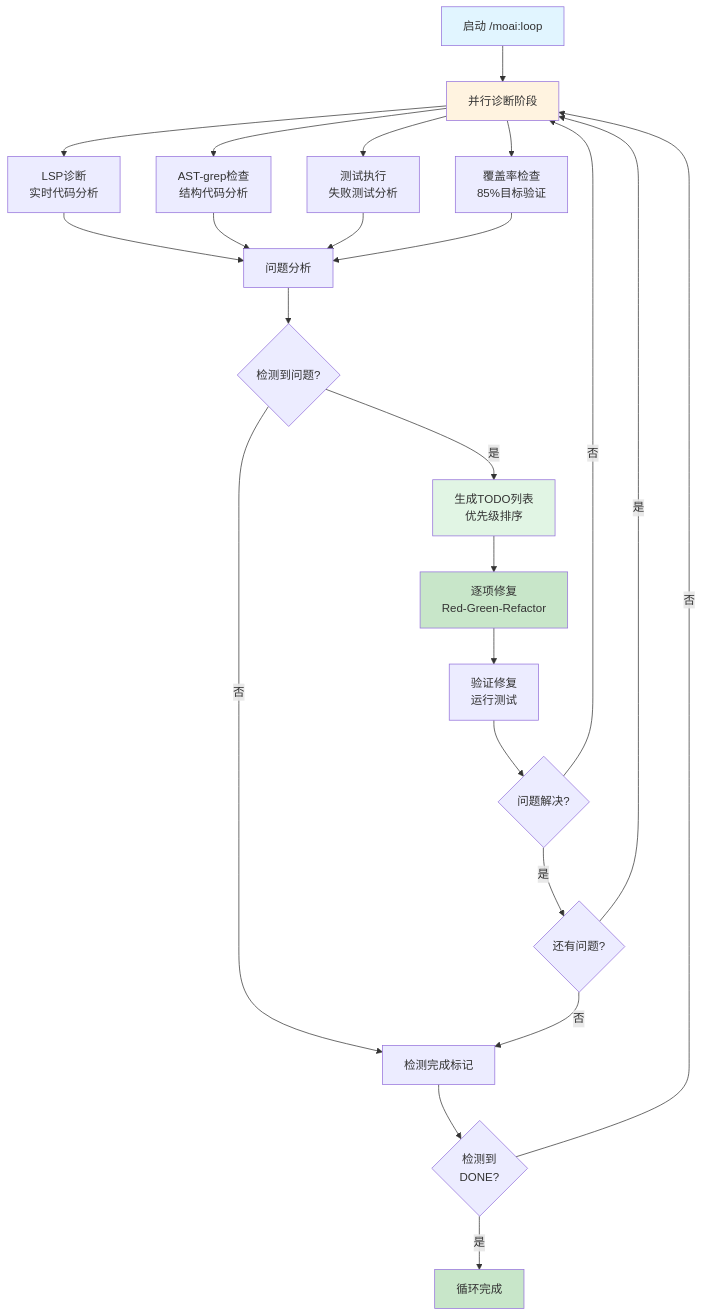
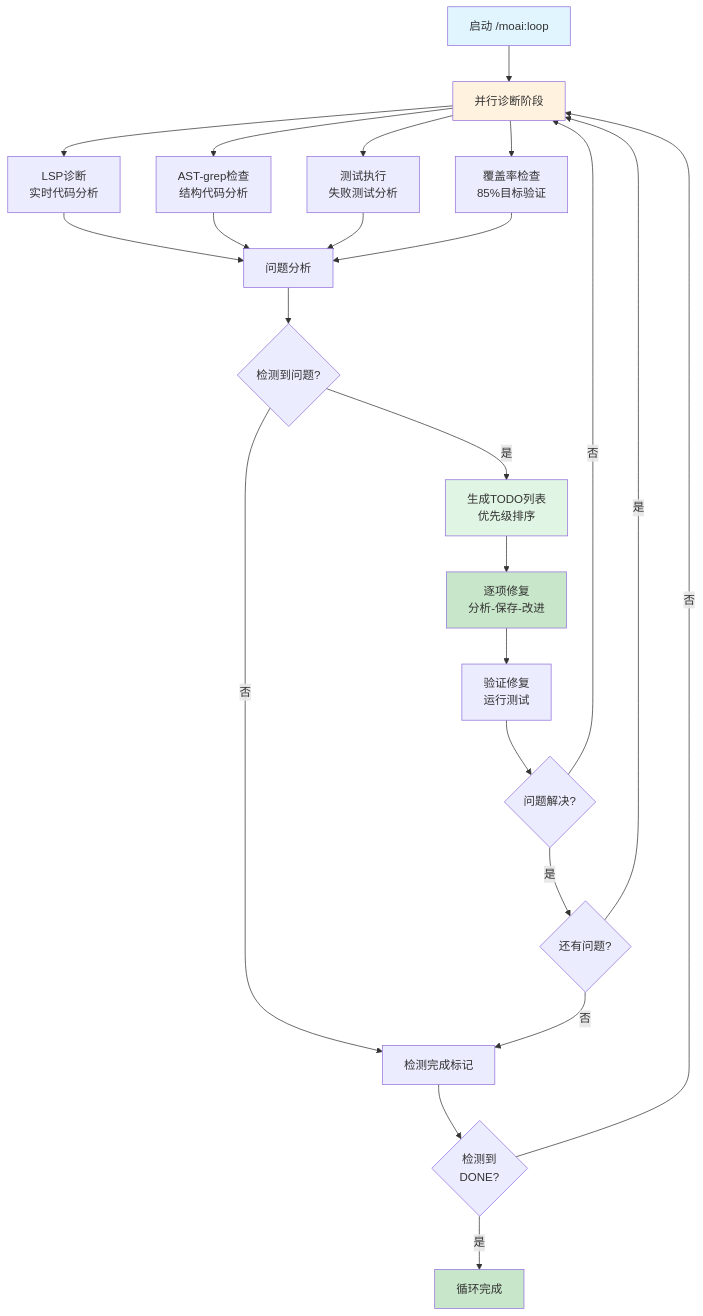
One commit to modu-ai/moai-adk changed the third of 10 diagrams in README.zh.md. Above: the diagram before and after it, drawn with Mermaid. The commit also changed other lines of this file and 125 other files, not shown here.

````diff
--- a/README.zh.md
+++ b/README.zh.md
@@ -702,38 +658,38 @@
 ```mermaid
 flowchart TB
     Start[启动 /moai:loop] --> Diagnose[并行诊断阶段]
 
     Diagnose --> LSP[LSP诊断<br/>实时代码分析]
     Diagnose --> AST[AST-grep检查<br/>结构代码分析]
     Diagnose --> Test[测试执行<br/>失败测试分析]
     Diagnose --> Cover[覆盖率检查<br/>85%目标验证]
 
     LSP --> Analyze[问题分析]
     AST --> Analyze
     Test --> Analyze
     Cover --> Analyze
 
     Analyze --> Filter{检测到问题?}
     Filter -->|否| Done[检测完成标记]
     Filter -->|是| TODO[生成TODO列表<br/>优先级排序]
 
-    TODO --> Execute[逐项修复<br/>Red-Green-Refactor]
+    TODO --> Execute[逐项修复<br/>分析-保存-改进]
     Execute --> Verify[验证修复<br/>运行测试]
 
     Verify --> Check{问题解决?}
     Check -->|否| Diagnose
     Check -->|是| Remaining{还有问题?}
 
     Remaining -->|是| Diagnose
     Remaining -->|否| Done
 
     Done --> Complete{检测到<br/><moai>DONE</moai>?}
     Complete -->|是| End[循环完成]
     Complete -->|否| Diagnose
 
     style Start fill:#e1f5ff
     style End fill:#c8e6c9
     style Diagnose fill:#fff3e0
     style TODO fill:#e1f5e4
     style Execute fill:#c8e6c9
 ```
````
